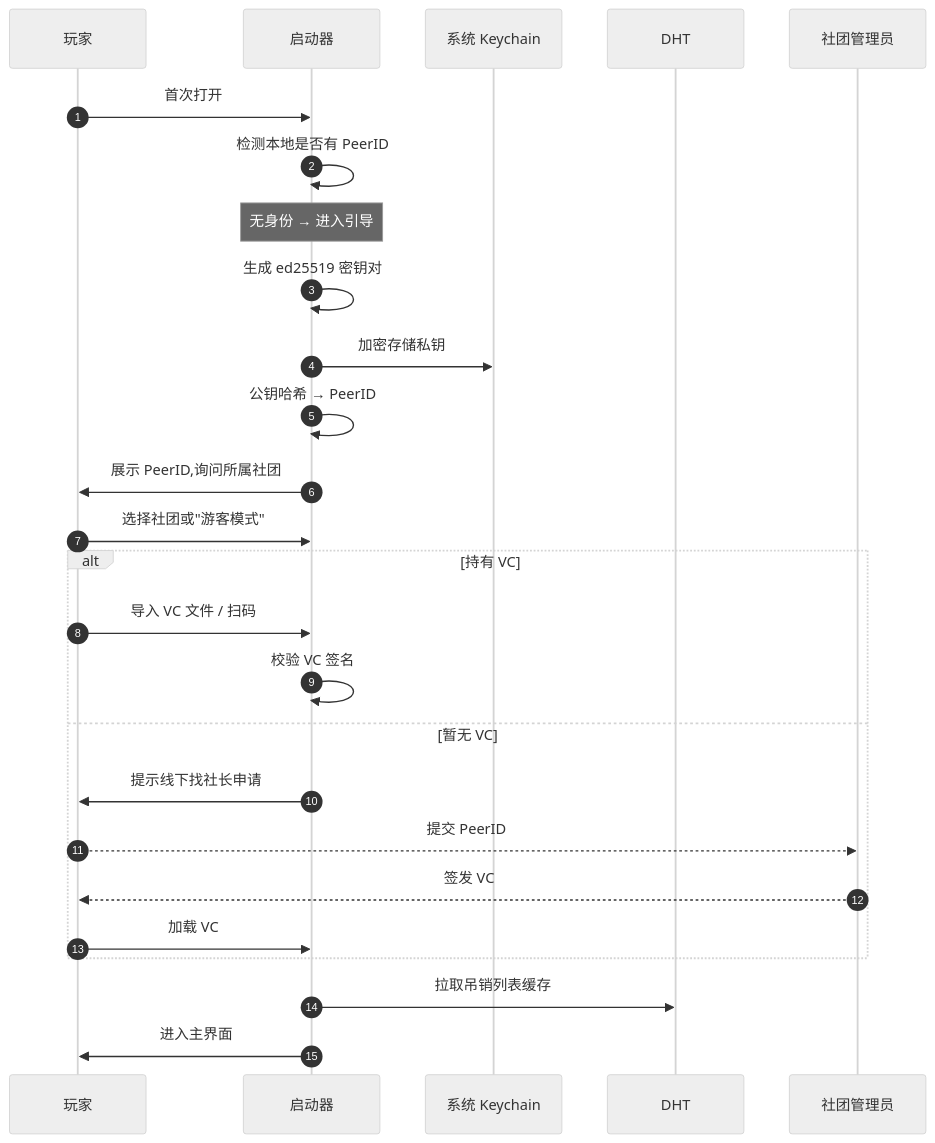
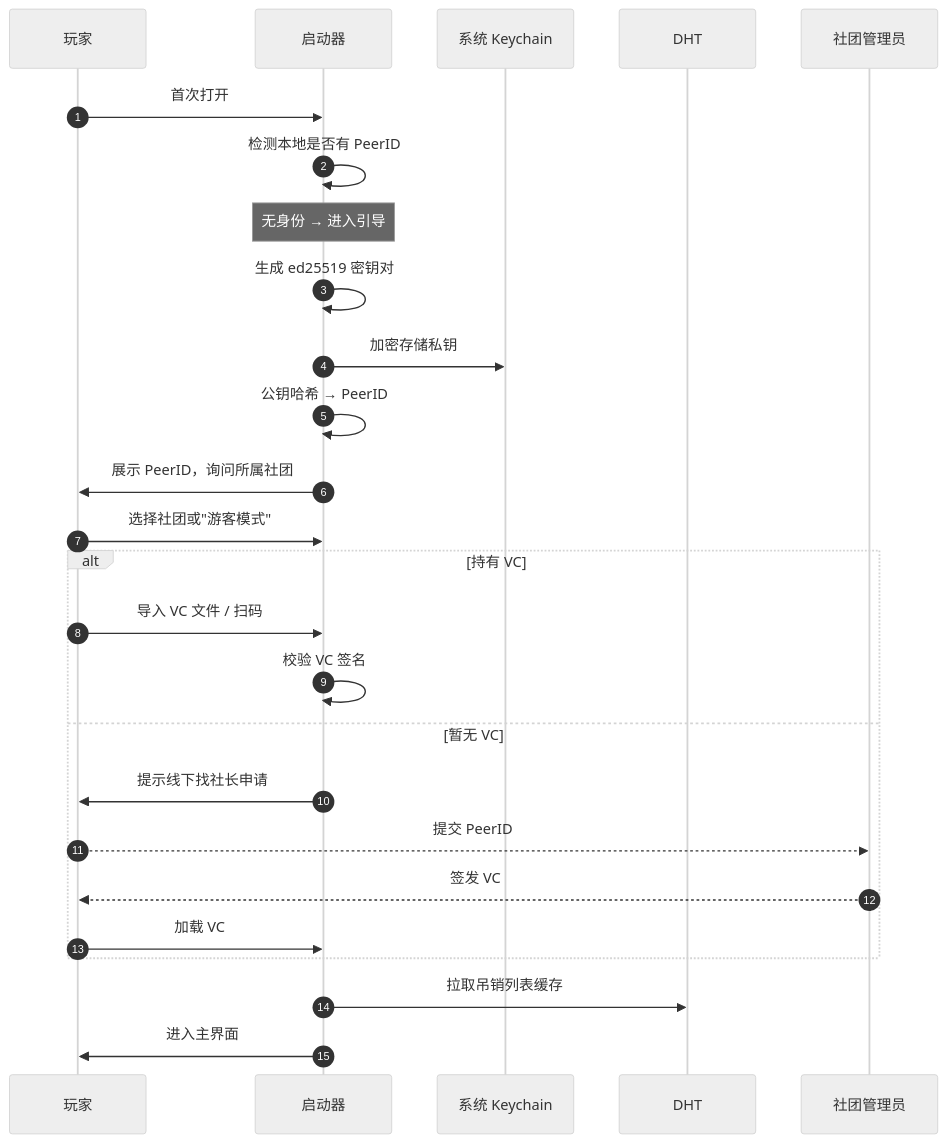
Before and after one commit to JLUCraft/docs: the first of 2 diagrams in pages/components/launcher/identity.md, drawn with Mermaid (neutral theme). The commit also changed other lines of this file and 23 other files, not shown here.

````diff
--- a/pages/components/launcher/identity.md
+++ b/pages/components/launcher/identity.md
@@ -7,29 +7,29 @@
 ```mermaid
 sequenceDiagram
     autonumber
     participant U as 玩家
     participant L as 启动器
     participant KC as 系统 Keychain
     participant DHT
     participant Issuer as 社团管理员
 
     U->>L: 首次打开
     L->>L: 检测本地是否有 PeerID
     Note over L: 无身份 → 进入引导
     L->>L: 生成 ed25519 密钥对
     L->>KC: 加密存储私钥
     L->>L: 公钥哈希 → PeerID
-    L->>U: 展示 PeerID,询问所属社团
+    L->>U: 展示 PeerID，询问所属社团
     U->>L: 选择社团或"游客模式"
     alt 持有 VC
         U->>L: 导入 VC 文件 / 扫码
         L->>L: 校验 VC 签名
     else 暂无 VC
         L->>U: 提示线下找社长申请
         U-->>Issuer: 提交 PeerID
         Issuer-->>U: 签发 VC
         U->>L: 加载 VC
     end
     L->>DHT: 拉取吊销列表缓存
     L->>U: 进入主界面
 ```
````
